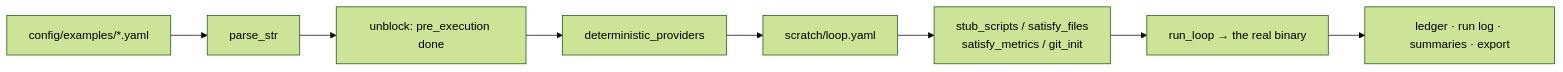
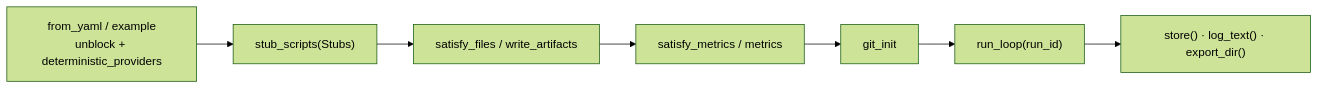
Before and after one commit to bitphill/loopsmith: the diagram in wiki/other.md, drawn with Mermaid (forest theme). The commit also changed other lines of this file and 30 other files, not shown here.

````diff
--- a/wiki/other.md
+++ b/wiki/other.md
@@ -31,10 +53,9 @@
 ```mermaid
-flowchart LR
-  E["config/examples/*.yaml"] --> P["parse_str"]
-  P --> U["unblock: pre_execution done"]
-  U --> D["deterministic_providers"]
-  D --> W["scratch/loop.yaml"]
-  W --> S["stub_scripts / satisfy_files<br/>satisfy_metrics / git_init"]
-  S --> R["run_loop → the real binary"]
-  R --> A["ledger · run log · summaries · export"]
+graph LR
+  A["from_yaml / example<br/>unblock + deterministic_providers"] --> B["stub_scripts(Stubs)"]
+  B --> C["satisfy_files / write_artifacts"]
+  C --> D["satisfy_metrics / metrics"]
+  D --> E["git_init"]
+  E --> F["run_loop(run_id)"]
+  F --> G["store() · log_text() · export_dir()"]
 ```
````
